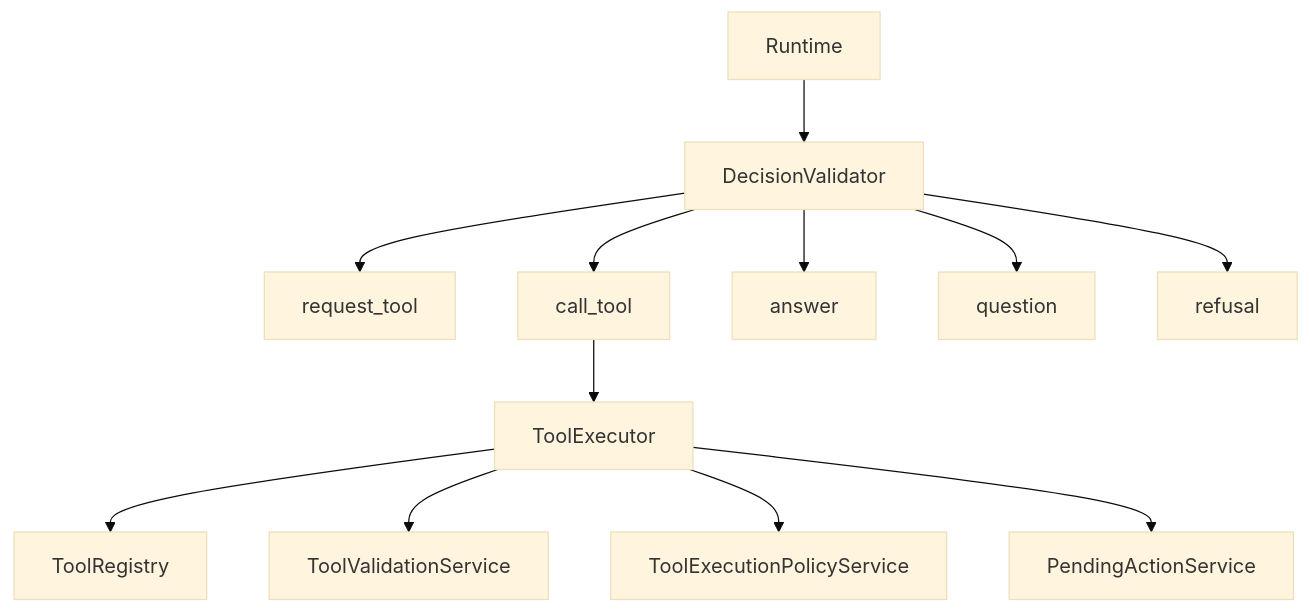
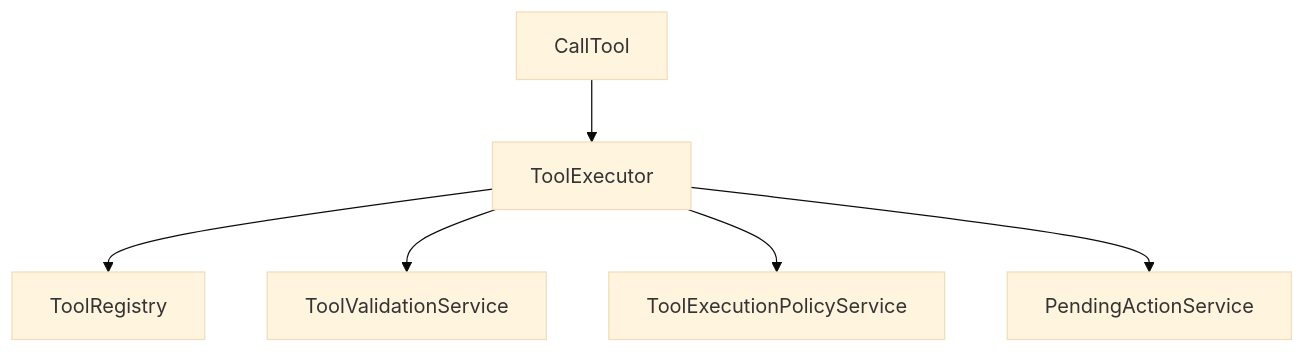
Before and after one commit to polydeuxes/seed: the third of 4 diagrams in docs/function_blocks.md, drawn with Mermaid (base theme). The commit also changed 32 other files, not shown here.

Commit message:
Delete DecisionValidator module (#1876)

````diff
--- a/docs/function_blocks.md
+++ b/docs/function_blocks.md
@@ -52,17 +52,11 @@
 ```mermaid
 flowchart TD
-    Runtime --> DecisionValidator
 
-    DecisionValidator --> RequestTool[request_tool]
-    DecisionValidator --> CallTool[call_tool]
-    DecisionValidator --> Answer[answer]
-    DecisionValidator --> Question[question]
-    DecisionValidator --> Refusal[refusal]
 
     CallTool --> ToolExecutor
 
     ToolExecutor --> ToolRegistry
     ToolExecutor --> ToolValidationService
     ToolExecutor --> ToolExecutionPolicyService
     ToolExecutor --> PendingActionService
 ```
````
